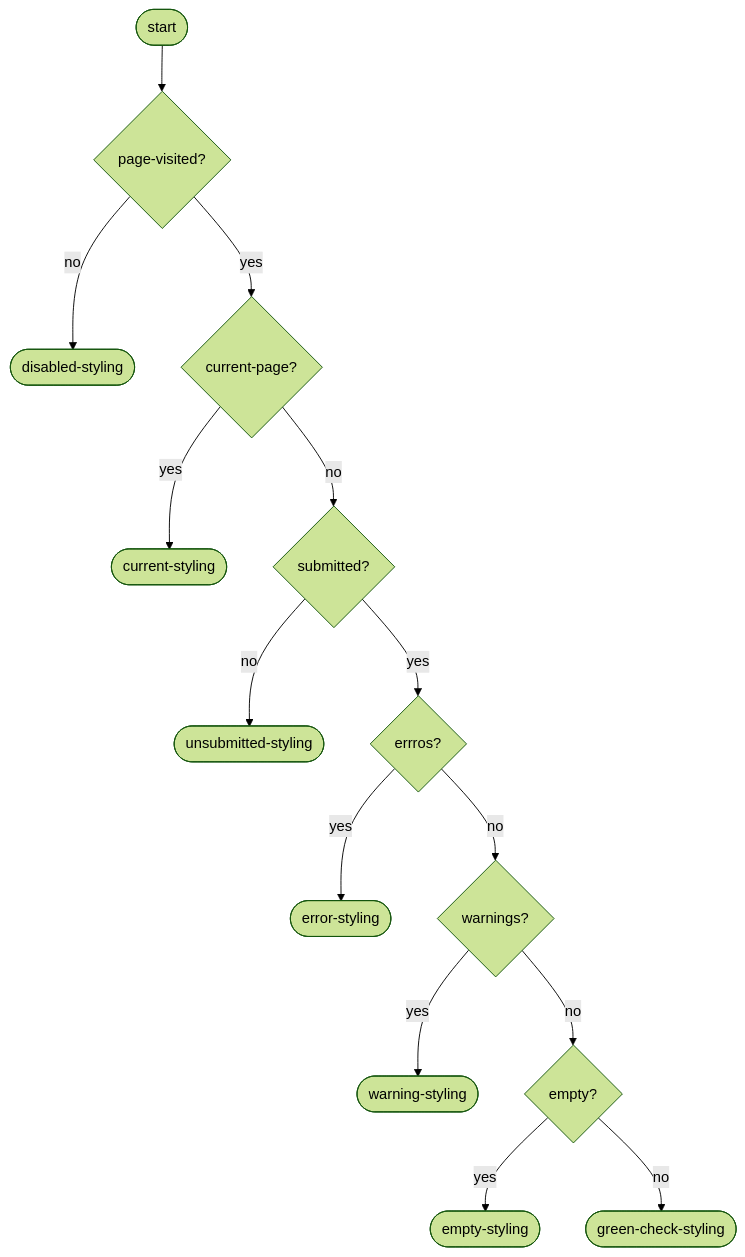
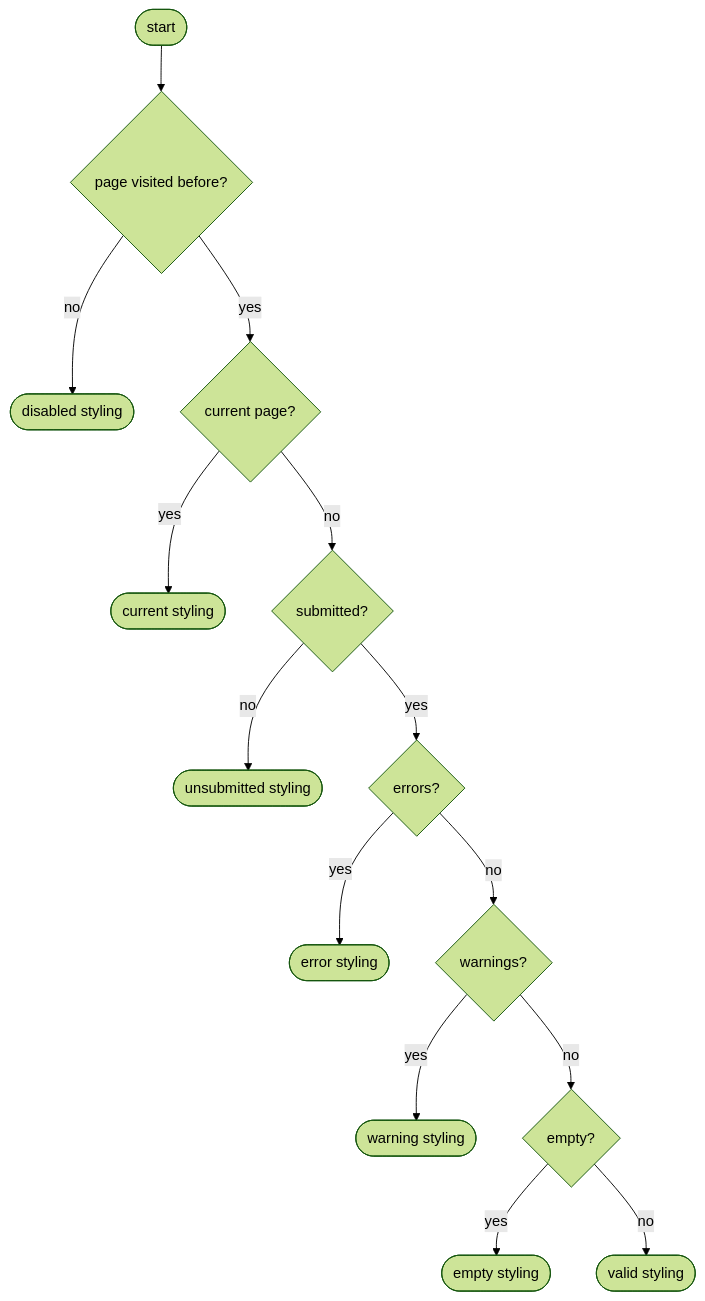
The first of 4 diagrams in documentatie/flowcharts/date-entry-page.md (kiesraad/abacus), drawn with Mermaid (forest theme) before and after one commit. The commit also changed other lines of this file, not shown here.

Commit message:
diagrams for everything; proper text in nodes

````diff
--- a/documentatie/flowcharts/date-entry-page.md
+++ b/documentatie/flowcharts/date-entry-page.md
@@ -32,37 +22,37 @@
 ```mermaid
 flowchart TD
     %% elements
     flow-start([start])
 
-    disabled-styling([disabled-styling])
-    current-styling([current-styling])
-    unsubmitted-styling([unsubmitted-styling])
-    error-styling([error-styling])
-    warning-styling([warning-styling])
-    empty-styling([empty-styling])
-    green-check-styling([green-check-styling])
+    disabled-styling([disabled styling])
+    current-styling([current styling])
+    unsubmitted-styling([unsubmitted styling])
+    error-styling([error styling])
+    warning-styling([warning styling])
+    empty-styling([empty styling])
+    green-check-styling([valid styling])
 
-    page-visited{page-visited?}
-    current-page{current-page?}
+    page-visited{page visited before?}
+    current-page{current page?}
     submitted{submitted?}
 
-    errors{errros?}
+    errors{errors?}
     warnings{warnings?}
     empty{empty?}
 
     %% flow
     flow-start --> page-visited
     page-visited -- no --> disabled-styling
     page-visited -- yes --> current-page
     current-page -- yes --> current-styling
     current-page -- no --> submitted
     submitted -- no --> unsubmitted-styling
     submitted -- yes --> errors
     errors -- yes --> error-styling
     errors -- no --> warnings
     warnings -- yes --> warning-styling
     warnings -- no --> empty
     empty -- yes --> empty-styling
     empty -- no --> green-check-styling
 
 ```
````
